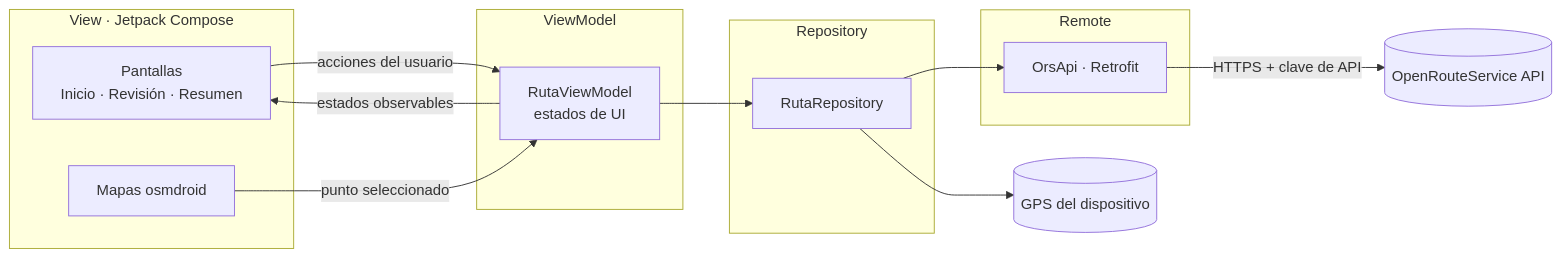
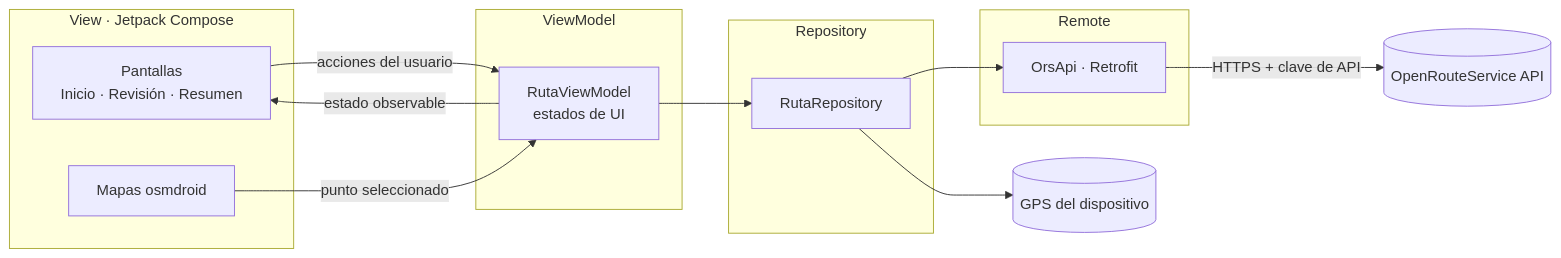
Before and after one commit to miguel-montalvo1991/android-design-rutalista: the second of 2 diagrams in README.md, drawn with Mermaid. The commit also changed other lines of this file, not shown here.

````diff
--- a/README.md
+++ b/README.md
@@ -133,30 +134,25 @@
 ```mermaid
 flowchart LR
     subgraph View["View · Jetpack Compose"]
         S["Pantallas<br/>Inicio · Revisión · Resumen"]
         M["Mapas osmdroid"]
     end
-
     subgraph VM["ViewModel"]
         V["RutaViewModel<br/>estados de UI"]
     end
-
     subgraph Repo["Repository"]
         R["RutaRepository"]
     end
-
     subgraph Remote["Remote"]
         A["OrsApi · Retrofit"]
     end
-
     ORS[("OpenRouteService API")]
     GPS[("GPS del dispositivo")]
-
     S -->|"acciones del usuario"| V
     M -->|"punto seleccionado"| V
-    V -->|"estados observables"| S
+    V -->|"estado observable"| S
     V --> R
     R --> A
     A -->|"HTTPS + clave de API"| ORS
     R --> GPS
 ```
````
